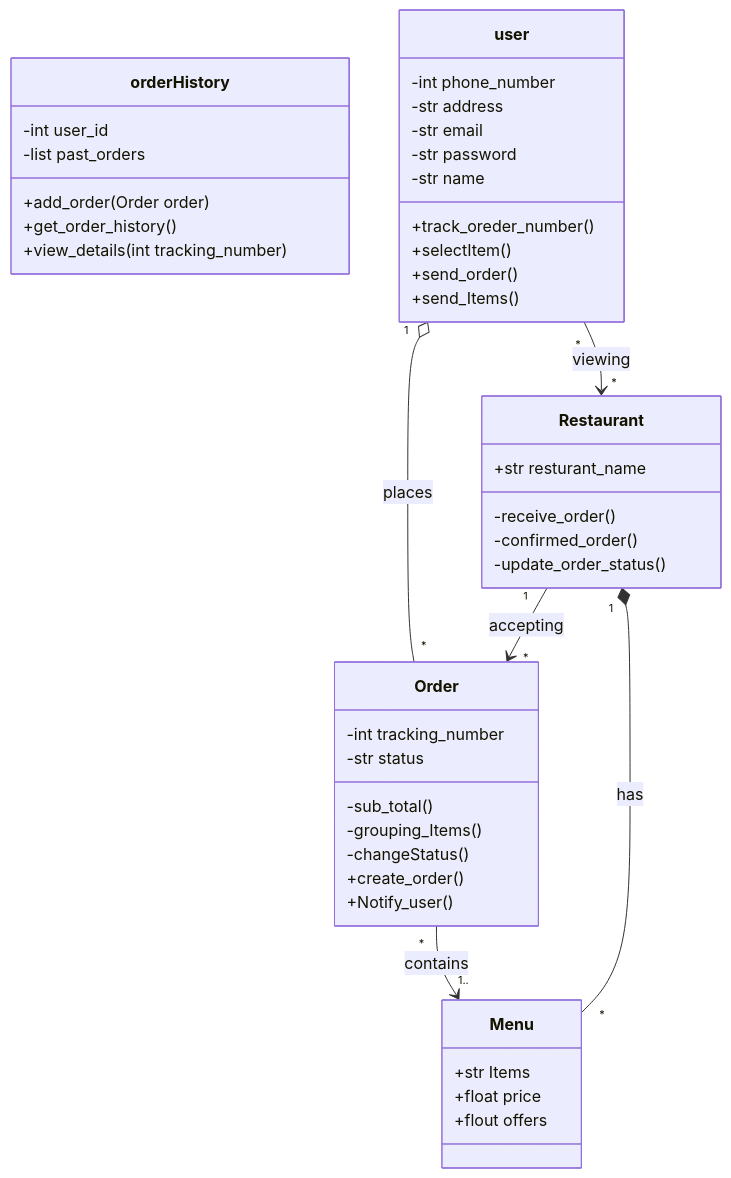
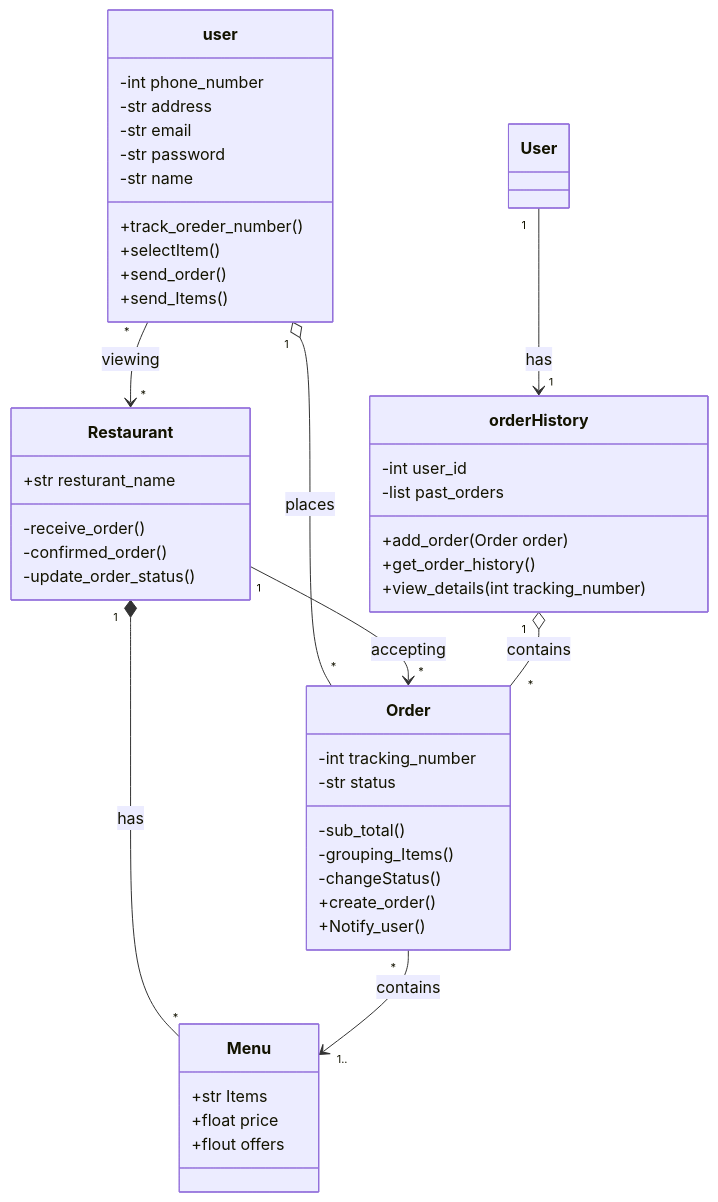
One commit to Tmadeer/Architecture_Plan_For_FoodDeliveryPlatform changed the diagram in diagramsUML/classDiagramFood.mmd. Above: the diagram before and after it, drawn with Mermaid.

Commit message:
last Update

```diff
--- a/diagramsUML/classDiagramFood.mmd
+++ b/diagramsUML/classDiagramFood.mmd
@@ -1,49 +1,51 @@
 classDiagram
 direction TB
     class Menu {
        +str  Items
        +float  price
        +flout offers
     }
 
     class Order {
        -int tracking_number
        -str status
        -sub_total()
        -grouping_Items()
        -changeStatus()
        +create_order()
        +Notify_user()
     }
 class orderHistory {
         -int user_id
         -list past_orders
         +add_order(Order order)
         +get_order_history()
         +view_details(int tracking_number)
     }
 
     class Restaurant {
         +str resturant_name
         -receive_order()
         -confirmed_order()
         -update_order_status()
     }
 
     class user {
         -int phone_number
         -str address
         -str email
         -str password
         -str name
         +track_oreder_number()
         +selectItem()
         +send_order()
 	+send_Items()
     }
 
  user "1" o-- "*" Order : places
 Restaurant "1" --> "*" Order : accepting
 Restaurant "1" *-- "*" Menu : has
 user "*" --> "*" Restaurant : viewing
 Order "*" --> "1.." Menu : contains
+User "1" --> "1" orderHistory : has
+orderHistory "1" o-- "*" Order : contains
```
